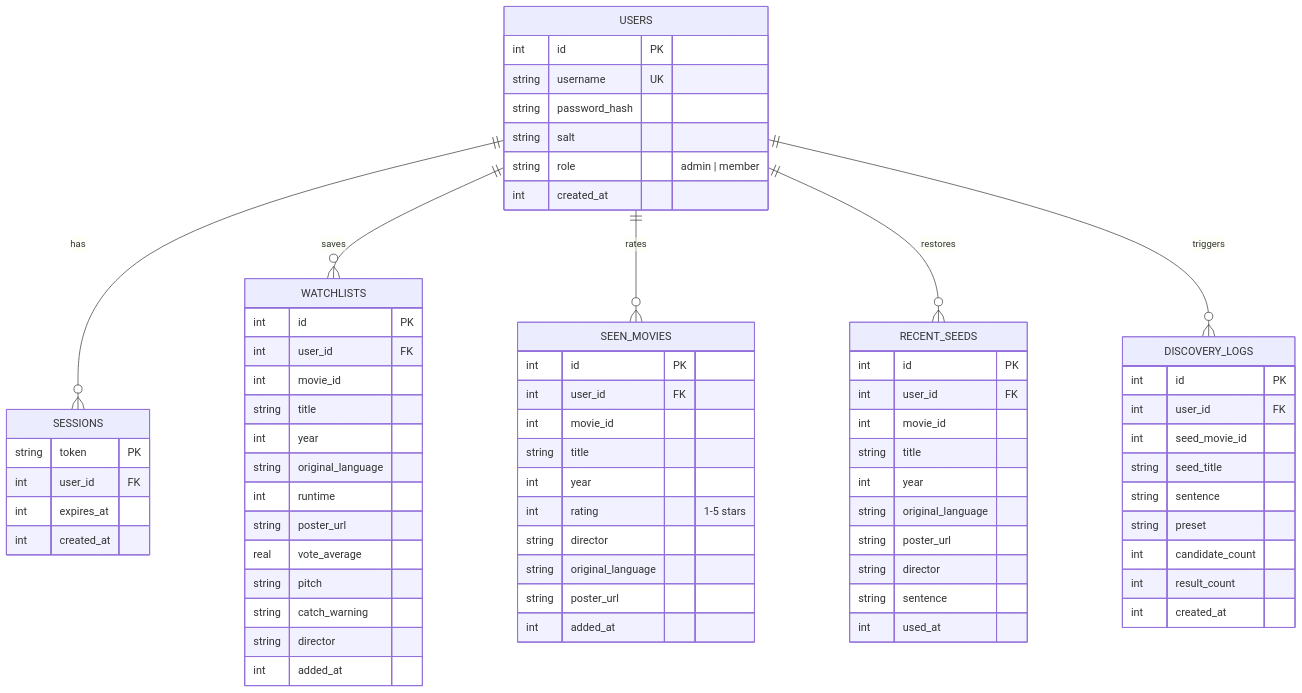
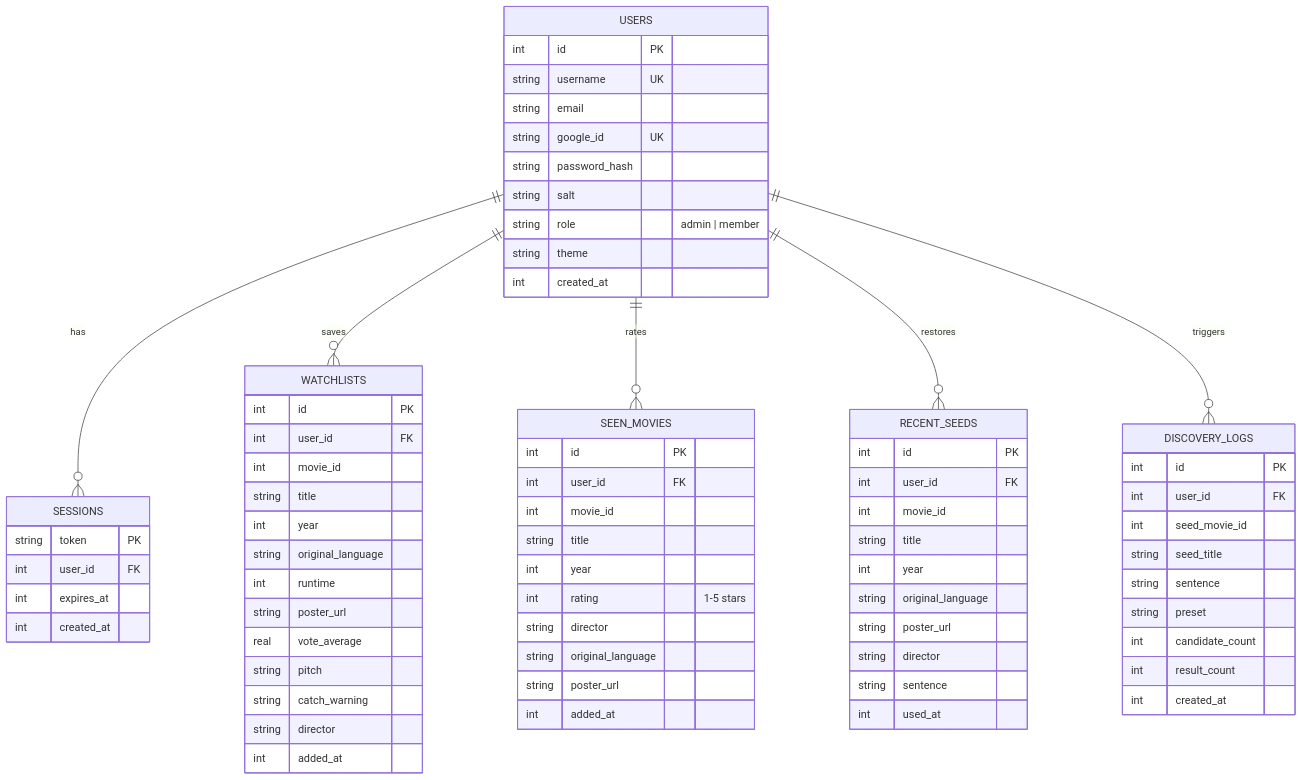
One commit to sidchigo/kuro changed the second of 2 diagrams in DESIGN.md. Above: the diagram before and after it, drawn with Mermaid. The commit also changed other lines of this file and 15 other files, not shown here.

````diff
--- a/DESIGN.md
+++ b/DESIGN.md
@@ -187,78 +220,81 @@
 ```mermaid
 erDiagram
     USERS ||--o{ SESSIONS : "has"
     USERS ||--o{ WATCHLISTS : "saves"
     USERS ||--o{ SEEN_MOVIES : "rates"
     USERS ||--o{ RECENT_SEEDS : "restores"
     USERS ||--o{ DISCOVERY_LOGS : "triggers"
 
     USERS {
         int id PK
         string username UK
+        string email
+        string google_id UK
         string password_hash
         string salt
         string role "admin | member"
+        string theme
         int created_at
     }
 
     SESSIONS {
         string token PK
         int user_id FK
         int expires_at
         int created_at
     }
 
     WATCHLISTS {
         int id PK
         int user_id FK
         int movie_id
         string title
         int year
         string original_language
         int runtime
         string poster_url
         real vote_average
         string pitch
         string catch_warning
         string director
         int added_at
     }
 
     SEEN_MOVIES {
         int id PK
         int user_id FK
         int movie_id
         string title
         int year
         int rating "1-5 stars"
         string director
         string original_language
         string poster_url
         int added_at
     }
 
     RECENT_SEEDS {
         int id PK
         int user_id FK
         int movie_id
         string title
         int year
         string original_language
         string poster_url
         string director
         string sentence
         int used_at
     }
 
     DISCOVERY_LOGS {
         int id PK
         int user_id FK
         int seed_movie_id
         string seed_title
         string sentence
         string preset
         int candidate_count
         int result_count
         int created_at
     }
 ```
````
